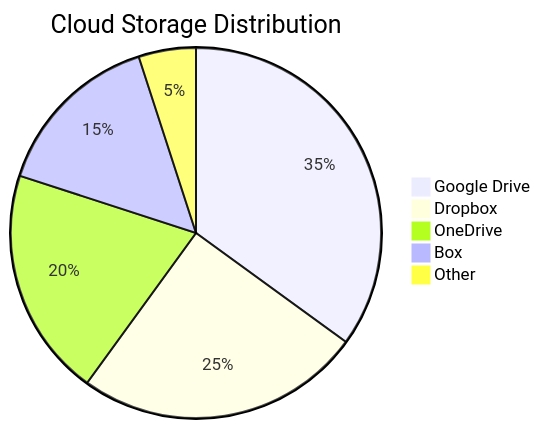
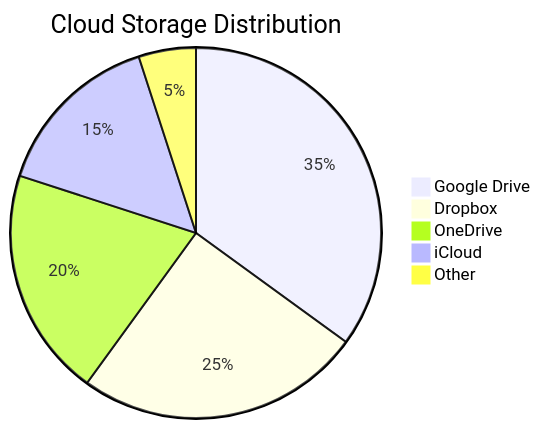
Before and after one commit to sarat1kyan/shaftzone: the second of 4 diagrams in README.md, drawn with Mermaid.

````diff
--- a/README.md
+++ b/README.md
@@ -72,9 +72,9 @@
 ```mermaid
 pie
     title Cloud Storage Distribution
     "Google Drive" : 35
     "Dropbox" : 25
     "OneDrive" : 20
-    "Box" : 15
+    "iCloud" : 15
     "Other" : 5
 ```
````
